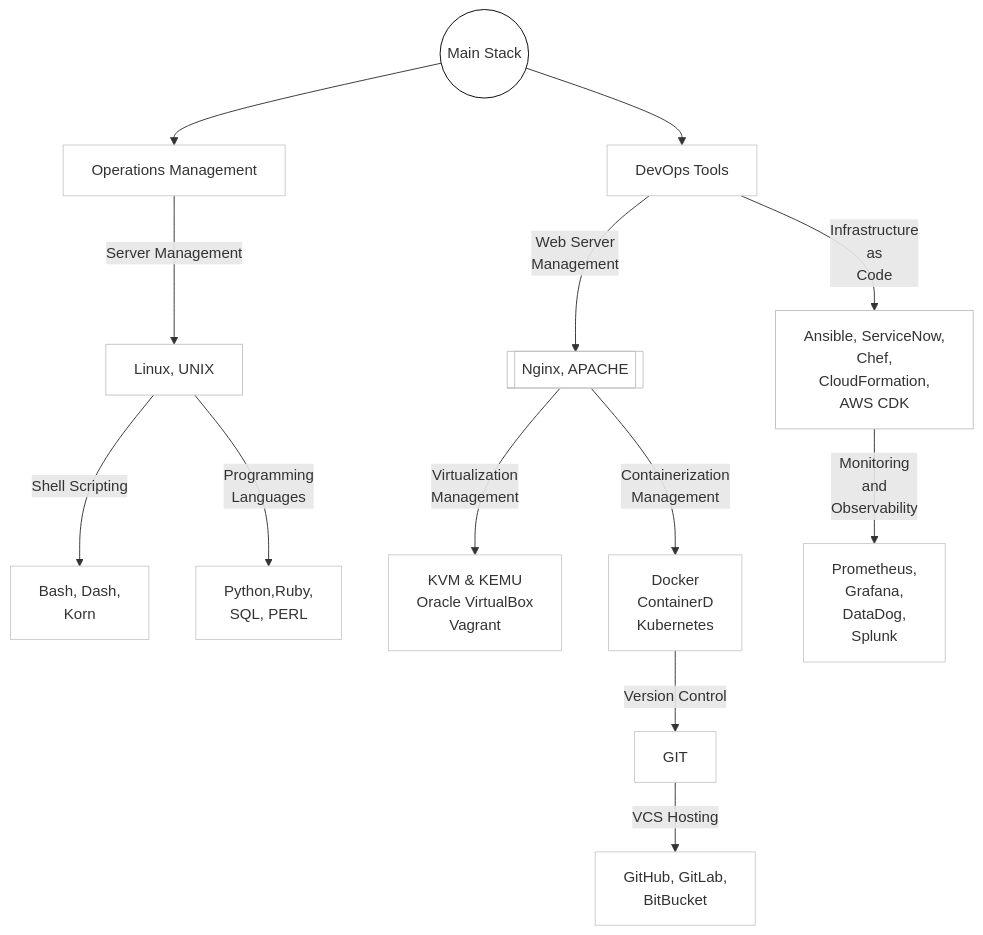
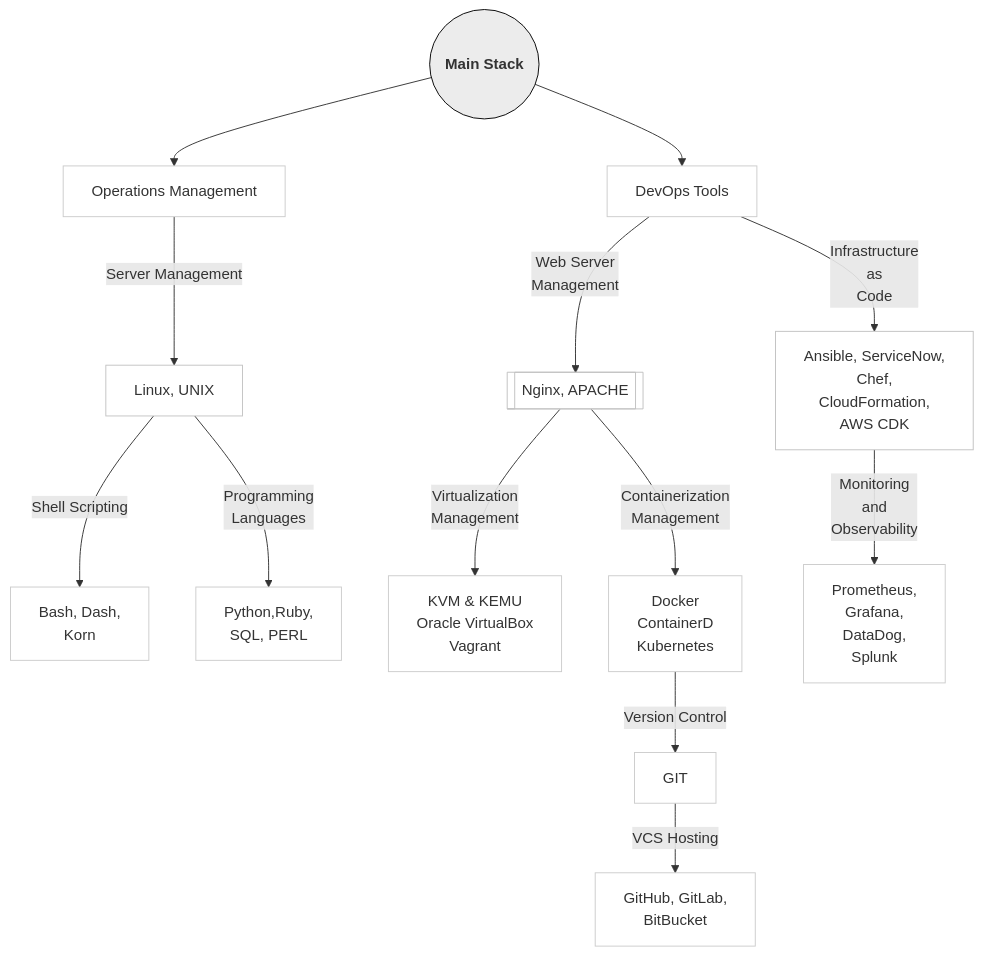
One commit to kjfigueroa/profile changed the first of 7 diagrams in README.md. Above: the diagram before and after it, drawn with Mermaid. The commit also changed other lines of this file, not shown here.

````diff
--- a/README.md
+++ b/README.md
@@ -25,26 +40,26 @@
 ```mermaid
 flowchart TB
-MAIN((Main Stack));style MAIN fill:#fff,stroke:#000;
+MAIN((&nbsp;&nbsp;<b>Main Stack</b>&nbsp;&nbsp;));style MAIN fill:#ececec,stroke:#000;
 OM[Operations Management];style OM fill:#fff,stroke:#ccc;
 DT[DevOps Tools];style DT fill:#fff,stroke:#ccc;
 OMSM[Linux, UNIX]; style OMSM fill:#fff,stroke:#c3c3c3;
 OMCLI[Bash, Dash,<br>Korn]; style OMCLI fill:#fff,stroke:#ccc;
 OMPL[Python,Ruby,<br>SQL, PERL]; style OMPL fill:#fff,stroke:#ccc;
 MAIN --> OM; OM -->|Server Management| OMSM
 OMSM -->|Shell Scripting| OMCLI; OMSM -->|Programming<br>Languages| OMPL
 DTWSM[[Nginx, APACHE]]; style DTWSM fill:#fff,stroke:#c1c1c1;
 DTVM[KVM & KEMU<br>Oracle VirtualBox<br>Vagrant]; style DTVM fill:#fff,stroke:#ccc;
 DTCM[Docker<br>ContainerD<br>Kubernetes]; style DTCM fill:#fff,stroke:#ccc;
 DTVCS[GIT]; style DTVCS fill:#fff,stroke:#ccc;
 DTRHS[GitHub, GitLab,<br>BitBucket]; style DTRHS fill:#fff,stroke:#ccc;
 DTIAC[Ansible, ServiceNow,<br>Chef,<br>CloudFormation,<br>AWS CDK]; style DTIAC fill:#fff,stroke:#c1c1c1;
 DTMO[Prometheus,<br>Grafana,<br>DataDog,<br>Splunk]; style DTMO fill:#fff,stroke:#ccc;
 MAIN --> DT
 DT -->|Web Server<br>Management| DTWSM
 DTWSM -->|Virtualization<br>Management| DTVM 
 DTWSM -->|Containerization<br>Management| DTCM
 DTCM -->|Version Control| DTVCS
 DTVCS -->|VCS Hosting| DTRHS 
 DT -->|Infrastructure<br>as<br>Code| DTIAC
 DTIAC -->|Monitoring<br>and<br>Observability| DTMO
 ```
````
